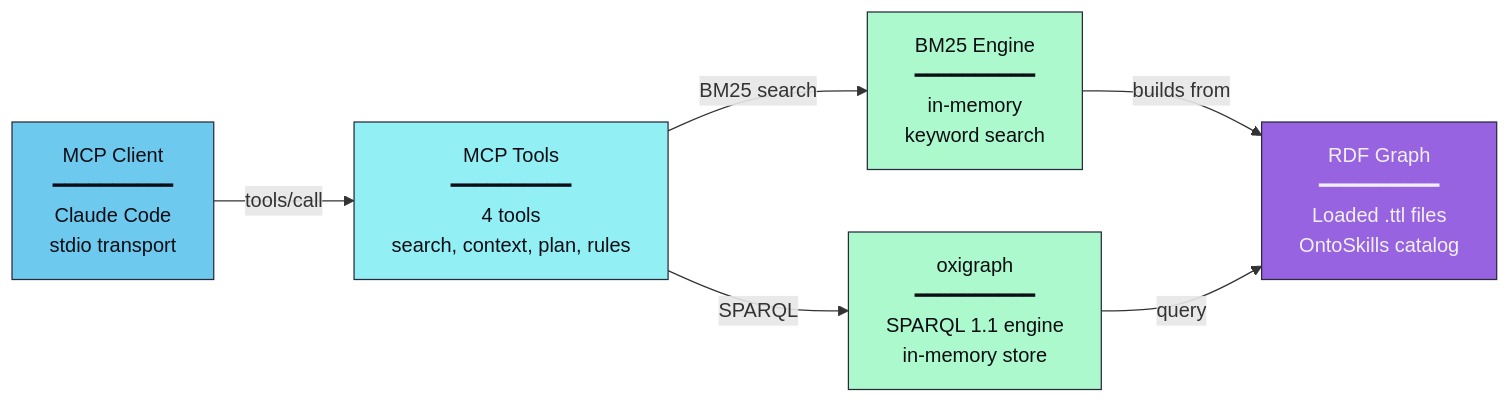
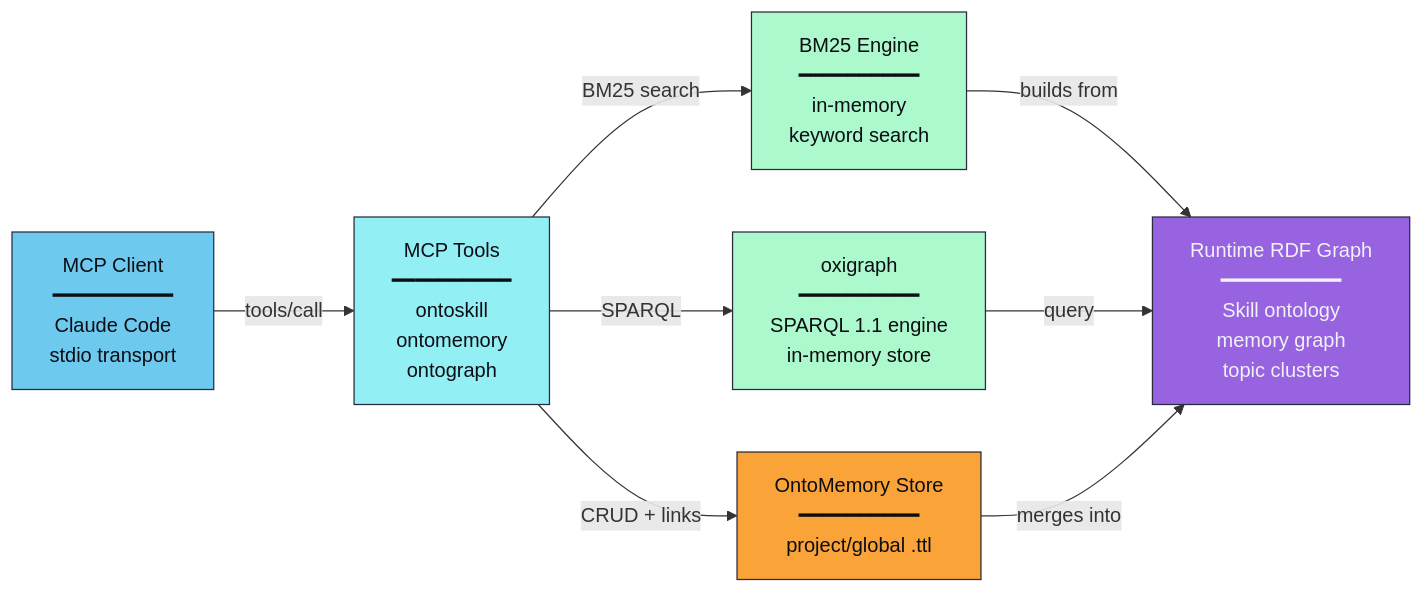
The second of 3 diagrams in mcp/README.md (mareasoftware/ontoskills), drawn with Mermaid before and after one commit. The commit also changed other lines of this file and 15 other files, not shown here.

Commit message:
feat: implement OntoMemory component with documentation, localization, and landing page integration

````diff
--- a/mcp/README.md
+++ b/mcp/README.md
@@ -45,14 +51,17 @@
 ```mermaid
 flowchart LR
-    CLIENT["MCP Client<br/>━━━━━━━━━━<br/>Claude Code<br/>stdio transport"] -->|"tools/call"| TOOLS["MCP Tools<br/>━━━━━━━━━━<br/>4 tools<br/>search, context, plan, rules"]
+    CLIENT["MCP Client<br/>━━━━━━━━━━<br/>Claude Code<br/>stdio transport"] -->|"tools/call"| TOOLS["MCP Tools<br/>━━━━━━━━━━<br/>ontoskill<br/>ontomemory<br/>ontograph"]
     TOOLS -->|"BM25 search"| BM25["BM25 Engine<br/>━━━━━━━━━━<br/>in-memory<br/>keyword search"]
     TOOLS -->|"SPARQL"| SPARQL["oxigraph<br/>━━━━━━━━━━<br/>SPARQL 1.1 engine<br/>in-memory store"]
-    BM25 -->|"builds from"| GRAPH["RDF Graph<br/>━━━━━━━━━━<br/>Loaded .ttl files<br/>OntoSkills catalog"]
+    BM25 -->|"builds from"| GRAPH["Runtime RDF Graph<br/>━━━━━━━━━━<br/>Skill ontology<br/>memory graph<br/>topic clusters"]
     SPARQL -->|"query"| GRAPH
+    TOOLS -->|"CRUD + links"| MEMORY["OntoMemory Store<br/>━━━━━━━━━━<br/>project/global .ttl"]
+    MEMORY -->|"merges into"| GRAPH
 
     style CLIENT fill:#6dc9ee,stroke:#2a2a3e,color:#0d0d14
     style TOOLS fill:#92eff4,stroke:#2a2a3e,color:#0d0d14
     style BM25 fill:#abf9cc,stroke:#2a2a3e,color:#0d0d14
     style SPARQL fill:#abf9cc,stroke:#2a2a3e,color:#0d0d14
     style GRAPH fill:#9763e1,stroke:#2a2a3e,color:#f0f0f5
+    style MEMORY fill:#faa338,stroke:#2a2a3e,color:#0d0d14
 ```
````
